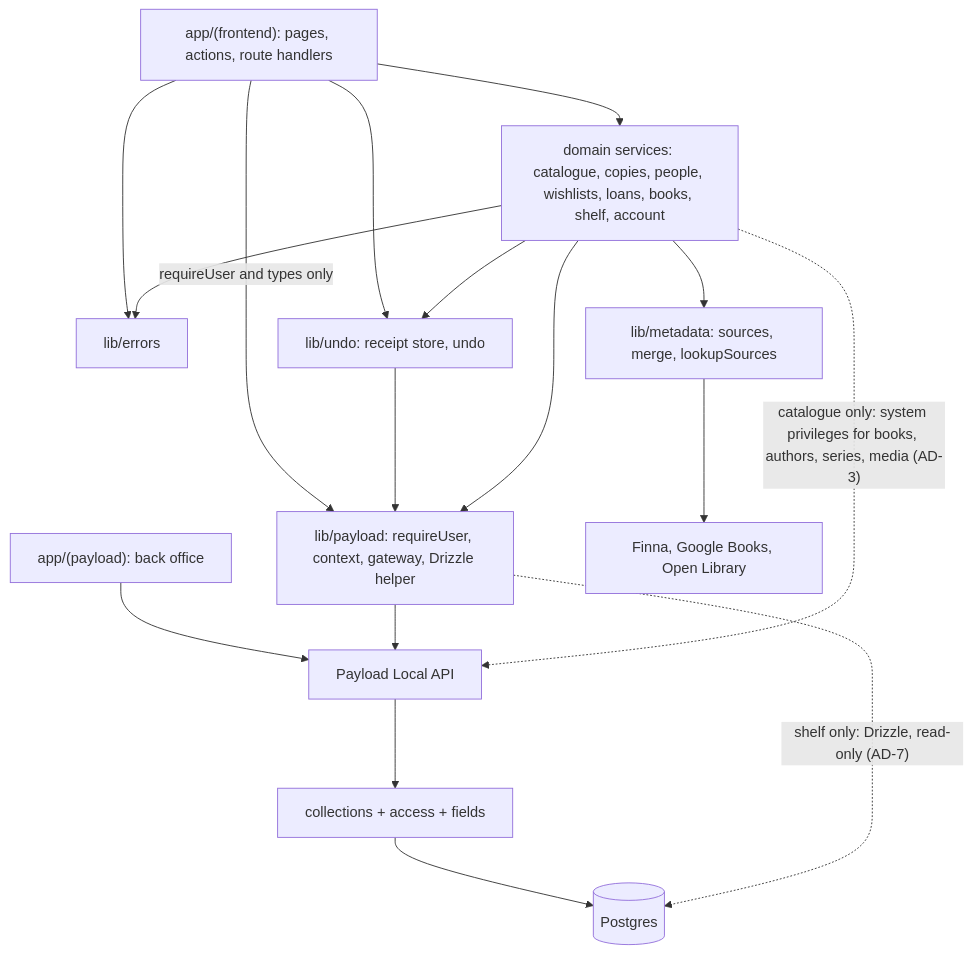
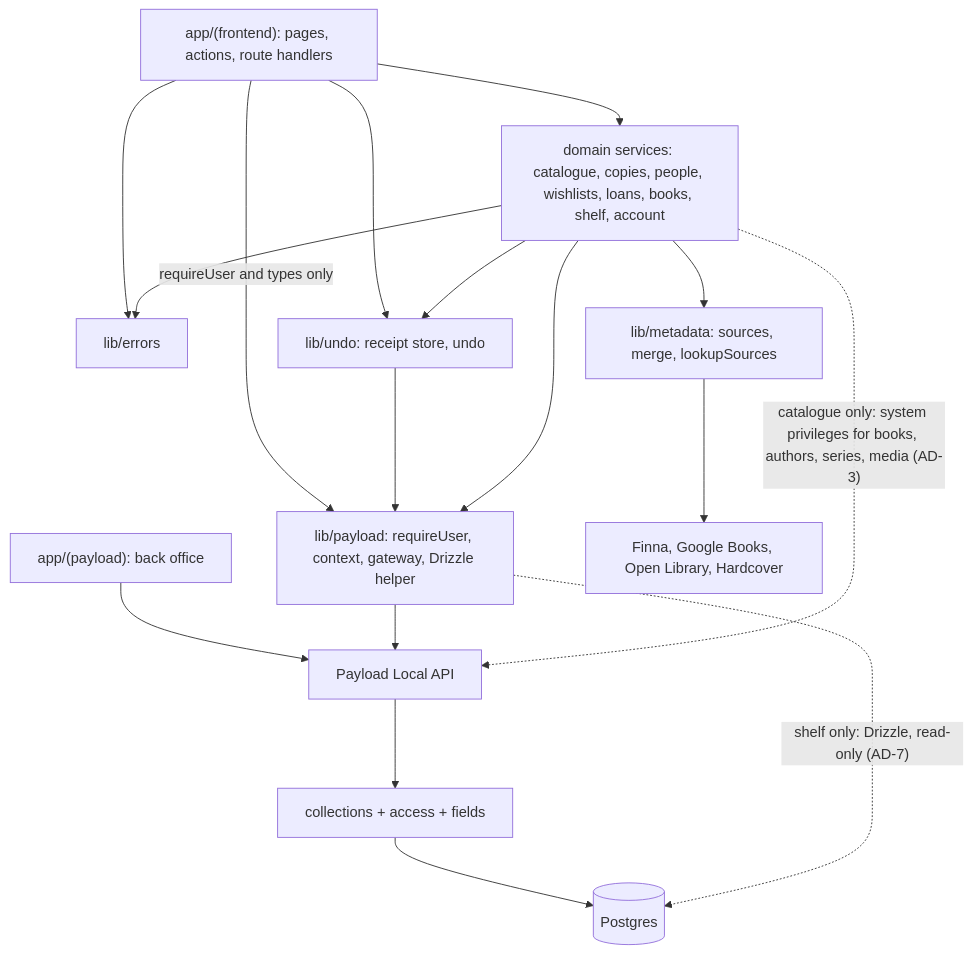
The first of 3 diagrams in _bmad-output/planning-artifacts/architecture/architecture-bookeh-2026-10-03/ARCHITECTURE-SPINE.md (mikahimself/bookeh), drawn with Mermaid before and after one commit. The commit also changed other lines of this file and 51 other files, not shown here.

````diff
--- a/_bmad-output/planning-artifacts/architecture/architecture-bookeh-2026-10-03/ARCHITECTURE-SPINE.md
+++ b/_bmad-output/planning-artifacts/architecture/architecture-bookeh-2026-10-03/ARCHITECTURE-SPINE.md
@@ -36,19 +36,19 @@
 ```mermaid
 flowchart TD
   FE["app/(frontend): pages, actions, route handlers"] --> SVC["domain services: catalogue, copies, people, wishlists, loans, books, shelf, account"]
   FE -- "requireUser and types only" --> GW["lib/payload: requireUser, context, gateway, Drizzle helper"]
   FE --> ERR["lib/errors"]
   FE --> UNDO["lib/undo: receipt store, undo"]
   SVC --> UNDO
   UNDO --> GW
   BO["app/(payload): back office"] --> PL["Payload Local API"]
   SVC --> GW
   SVC --> ERR
   SVC --> META["lib/metadata: sources, merge, lookupSources"]
   GW --> PL
   SVC -. "catalogue only: system privileges for books, authors, series, media (AD-3)" .-> PL
   PL --> COL["collections + access + fields"]
   COL --> PG[("Postgres")]
   GW -. "shelf only: Drizzle, read-only (AD-7)" .-> PG
-  META --> EXT["Finna, Google Books, Open Library"]
+  META --> EXT["Finna, Google Books, Open Library, Hardcover"]
 ```
````
